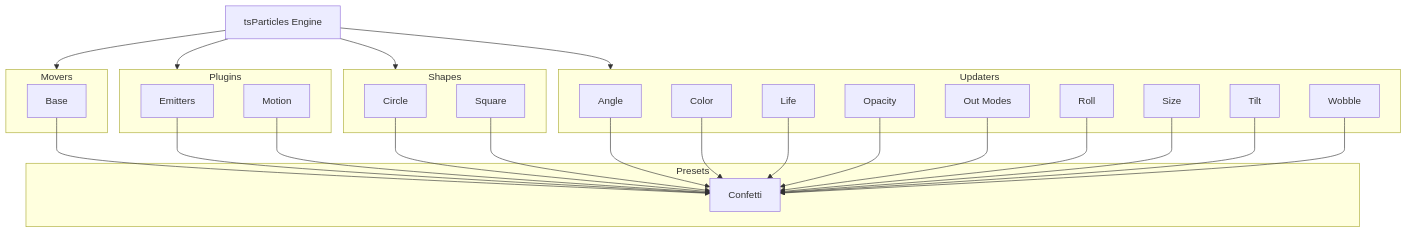
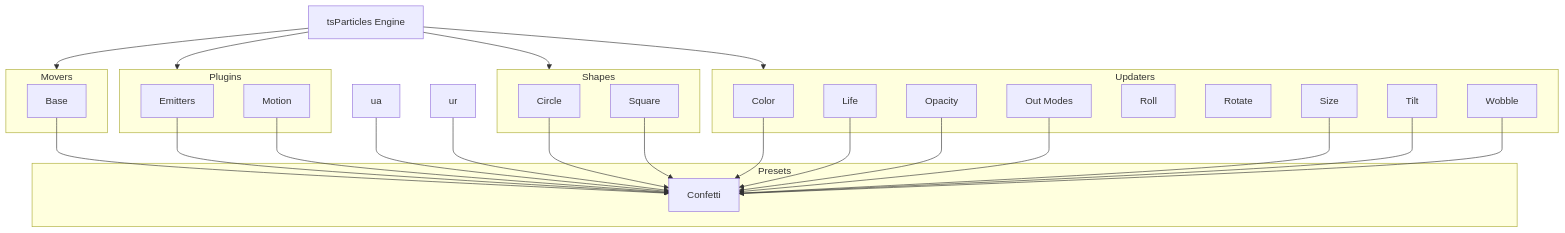
Before and after one commit to tsparticles/presets: the diagram in presets/confetti/README.md, drawn with Mermaid. The commit also changed other lines of this file and 18 other files, not shown here.

````diff
--- a/presets/confetti/README.md
+++ b/presets/confetti/README.md
@@ -329,43 +329,43 @@
 ```mermaid
 flowchart TD
 
 subgraph m [Movers]
 mb[Base]
 end
 
 e[tsParticles Engine] --> m
 
 subgraph pl [Plugins]
 ple[Emitters]
 plm[Motion]
 end
 
 e --> pl
 
 subgraph s [Shapes]
 sc[Circle]
 ssq[Square]
 end
 
 e --> s
 
 subgraph u [Updaters]
-ua[Angle]
 uc[Color]
 ul[Life]
 uop[Opacity]
 uou[Out Modes]
-ur[Roll]
+urol[Roll]
+urot[Rotate]
 usi[Size]
 uti[Tilt]
 uw[Wobble]
 end
 
 e --> u
 
 subgraph pr [Presets]
 prc[Confetti]
 end
 
 mb & ple & plm & sc & ssq & ua & uc & ul & uop & uou & ur & usi & uti & uw --> prc
 ```
````
